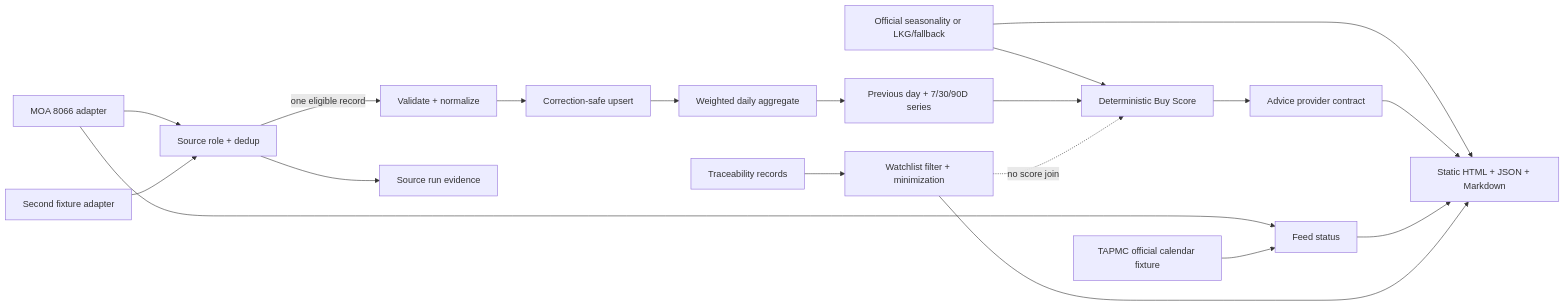
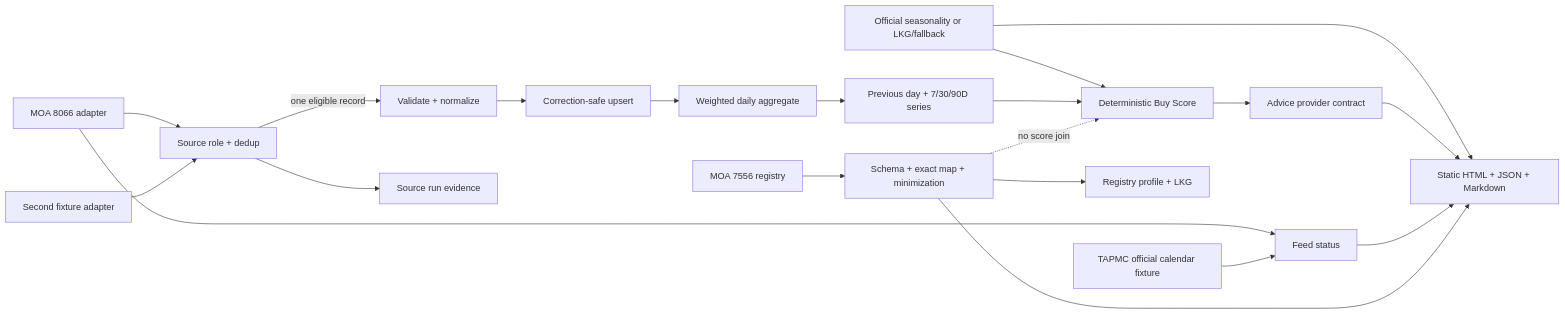
Before and after one commit to trionnemesis/tw-agri-copilot: the diagram in README.md, drawn with Mermaid. The commit also changed other lines of this file and 11 other files, not shown here.

Commit message:
feat: rebase official traceability registry on latest main

````diff
--- a/README.md
+++ b/README.md
@@ -38,21 +38,22 @@
 ```mermaid
 flowchart LR
   M[MOA 8066 adapter] --> R[Source role + dedup]
   V[Second fixture adapter] --> R
   R -->|one eligible record| N[Validate + normalize]
   R --> E[Source run evidence]
   M --> P[Feed status]
   C[TAPMC official calendar fixture] --> P
   N --> U[Correction-safe upsert]
   U --> A[Weighted daily aggregate]
   A --> S[Previous day + 7/30/90D series]
   F[Official seasonality or LKG/fallback] --> B[Deterministic Buy Score]
   F --> H
   S --> B
   B --> D[Advice provider contract]
   D --> H[Static HTML + JSON + Markdown]
   P --> H
-  T[Traceability records] --> X[Watchlist filter + minimization]
+  T[MOA 7556 registry] --> X[Schema + exact map + minimization]
+  X --> L[Registry profile + LKG]
   X --> H
   X -. no score join .-> B
 ```
````
